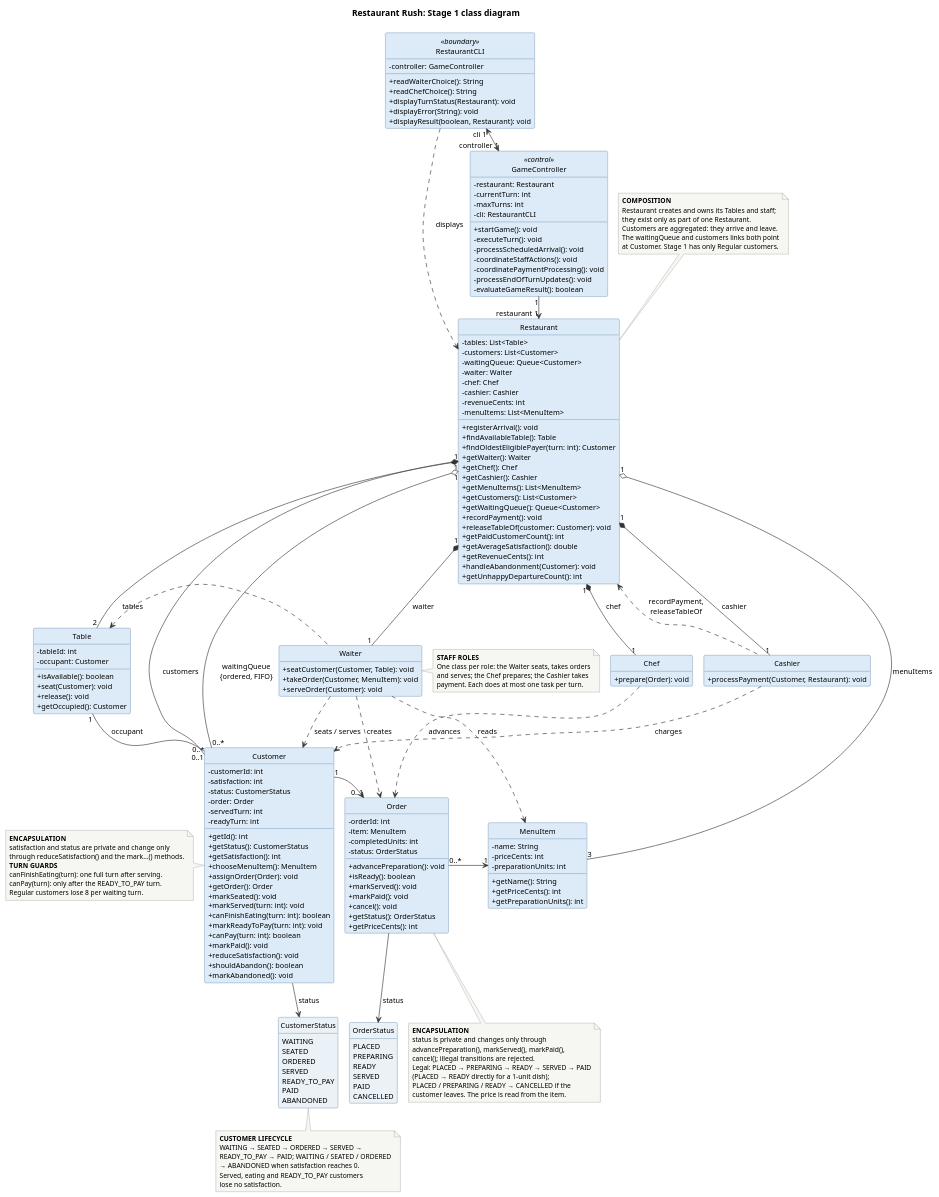
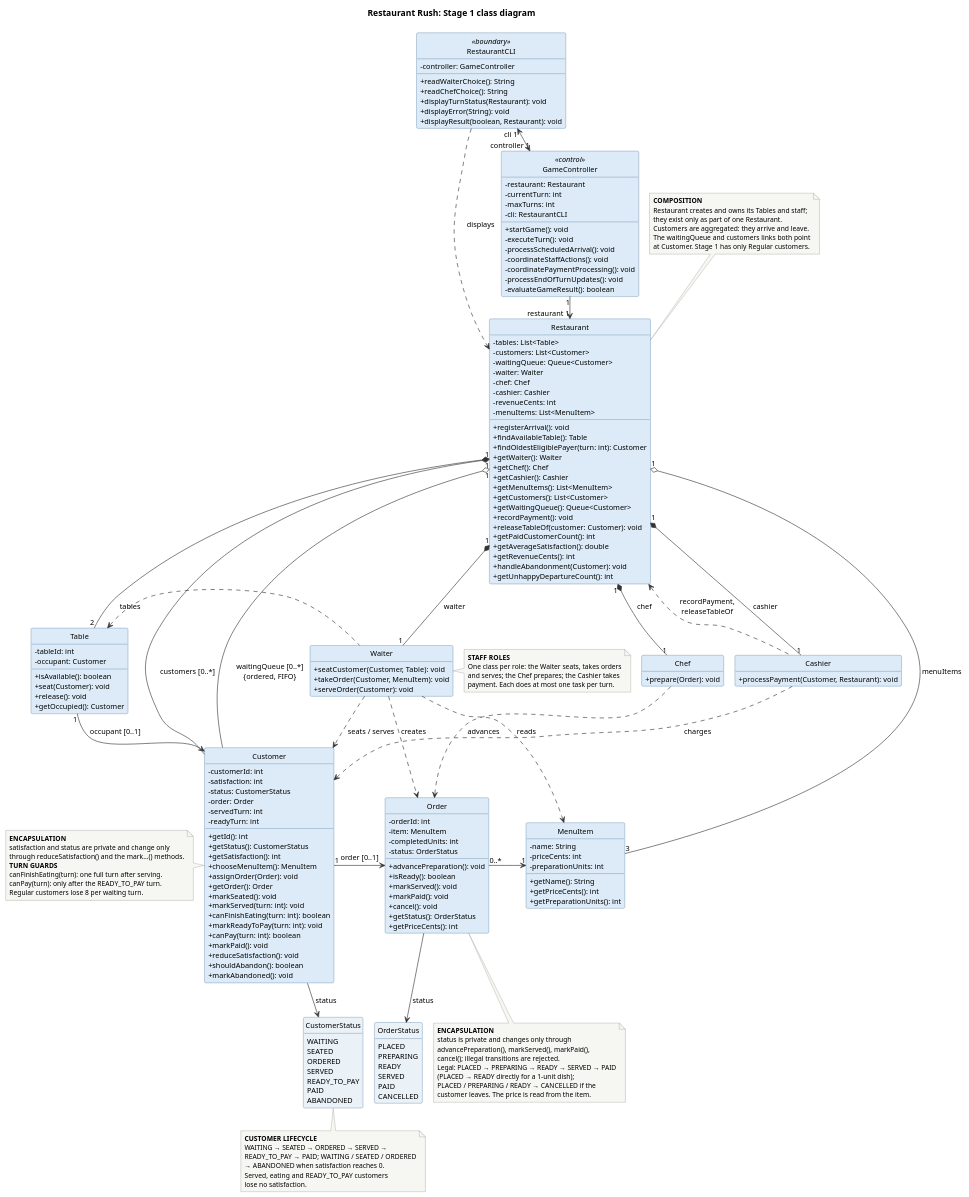
Before and after one commit to RobotHanzo/SC2002GroupProject: the diagram in docs/diagrams/src/stage-1-class.puml, drawn with PlantUML. The commit also changed 8 other files, not shown here.

First line of the commit message:
Fixed diagram notation, layout and sequence gaps

```diff
--- a/docs/diagrams/src/stage-1-class.puml
+++ b/docs/diagrams/src/stage-1-class.puml
@@ -191,13 +191,14 @@
 Restaurant "1" *-down- "1" Cashier : cashier
 
 ' ---------- aggregation (customers arrive and leave; menu items are shared) ----------
-Restaurant "1" o-down- "0..*" Customer : customers
-Restaurant "1" o-down- "0..*" Customer : waitingQueue\n{ordered, FIFO}
+' Multiplicities at the Customer end sit in the labels: three links meet at Customer's corner and end labels would overlap there.
+Restaurant "1" o-down- Customer : customers [0..*]
+Restaurant "1" o-down- Customer : waitingQueue [0..*]\n{ordered, FIFO}
 Restaurant "1" o-down- "3" MenuItem : menuItems
 
 ' ---------- domain associations ----------
-Customer "0..1" -up- "1" Table : occupant
-Customer "1" -right-> "0..1" Order
+Table "1" -down-> Customer : occupant [0..1]
+Customer "1" -right-> Order : order [0..1]
 Order "0..*" -right-> "1" MenuItem
 Customer -down-> CustomerStatus : status
 Order -down-> OrderStatus : status
```
